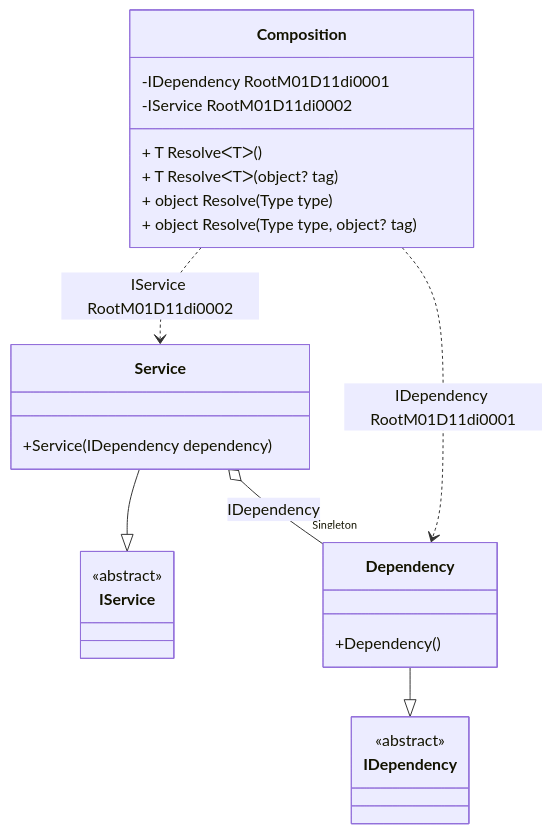
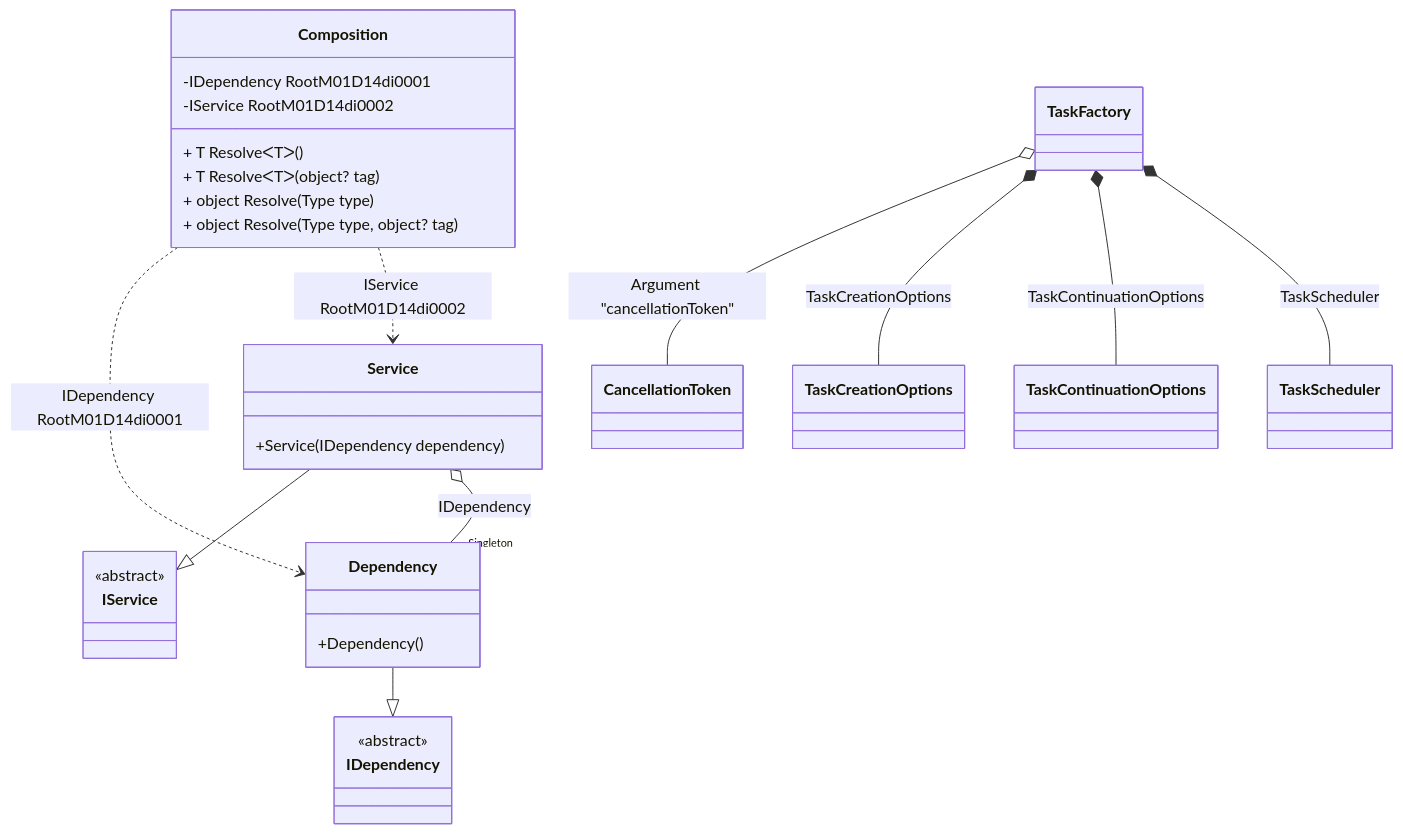
The diagram in readme/service-collection.md (DevTeam/Pure.DI), drawn with Mermaid before and after one commit. The commit also changed other lines of this file and 75 other files, not shown here.

````diff
--- a/readme/service-collection.md
+++ b/readme/service-collection.md
@@ -47,28 +47,37 @@
 ```mermaid
 classDiagram
   class Composition {
-    -IDependency RootM01D11di0001
-    -IService RootM01D11di0002
+    -IDependency RootM01D14di0001
+    -IService RootM01D14di0002
     + T ResolveᐸTᐳ()
     + T ResolveᐸTᐳ(object? tag)
     + object Resolve(Type type)
     + object Resolve(Type type, object? tag)
   }
   Service --|> IService : 
   class Service {
     +Service(IDependency dependency)
   }
   Dependency --|> IDependency : 
   class Dependency {
     +Dependency()
   }
+  class TaskScheduler
+  class TaskCreationOptions
+  class TaskContinuationOptions
+  class TaskFactory
+  class CancellationToken
   class IService {
     <<abstract>>
   }
   class IDependency {
     <<abstract>>
   }
   Service o--  "Singleton" Dependency : IDependency
-  Composition ..> Dependency : IDependency RootM01D11di0001
-  Composition ..> Service : IService RootM01D11di0002
+  TaskFactory o-- CancellationToken : Argument "cancellationToken"
+  TaskFactory *--  TaskCreationOptions : TaskCreationOptions
+  TaskFactory *--  TaskContinuationOptions : TaskContinuationOptions
+  TaskFactory *--  TaskScheduler : TaskScheduler
+  Composition ..> Dependency : IDependency RootM01D14di0001
+  Composition ..> Service : IService RootM01D14di0002
 ```
````
